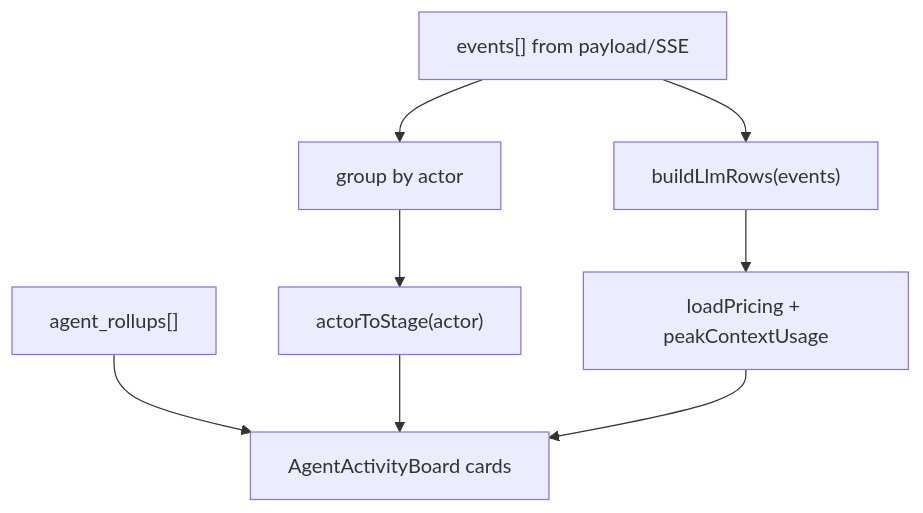
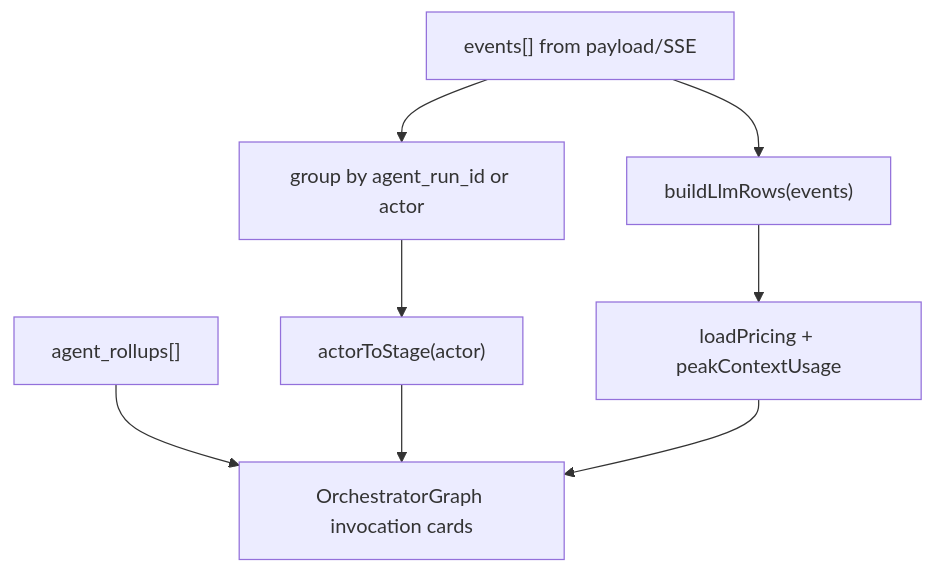
The sixth of 6 diagrams in docs/workflow/agent-desk.md (arfaouiahmed1/Open-Web-Catcher), drawn with Mermaid before and after one commit. The commit also changed other lines of this file and 56 other files, not shown here.

Commit message:
Fix Mermaid diagrams in active and legacy docs

````diff
--- a/docs/workflow/agent-desk.md
+++ b/docs/workflow/agent-desk.md
@@ -144,18 +148,18 @@
 ```mermaid
 flowchart TD
   Events["events[] from payload/SSE"]
-  EventGroups["group by actor"]
+  EventGroups["group by agent_run_id or actor"]
   Rollups["agent_rollups[]"]
   LLMRows["buildLlmRows(events)"]
   StageMap["actorToStage(actor)"]
   Pricing["loadPricing + peakContextUsage"]
-  Cards["AgentActivityBoard cards"]
+  Cards["OrchestratorGraph invocation cards"]
 
   Events --> EventGroups
   Events --> LLMRows
   Rollups --> Cards
   EventGroups --> StageMap
   StageMap --> Cards
   LLMRows --> Pricing
   Pricing --> Cards
 ```
````
